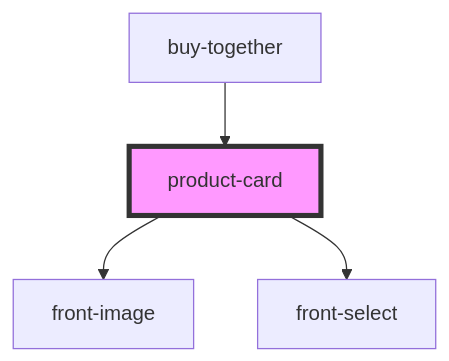
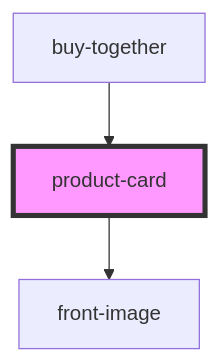
Before and after one commit to commerce-suite/storefront-components: the diagram in src/components/ui/product-card/readme.md, drawn with Mermaid. The commit also changed other lines of this file and 15 other files, not shown here.

````diff
--- a/src/components/ui/product-card/readme.md
+++ b/src/components/ui/product-card/readme.md
@@ -35,7 +27,6 @@
 ```mermaid
 graph TD;
   product-card --> front-image
-  product-card --> front-select
   buy-together --> product-card
   style product-card fill:#f9f,stroke:#333,stroke-width:4px
 ```
````
